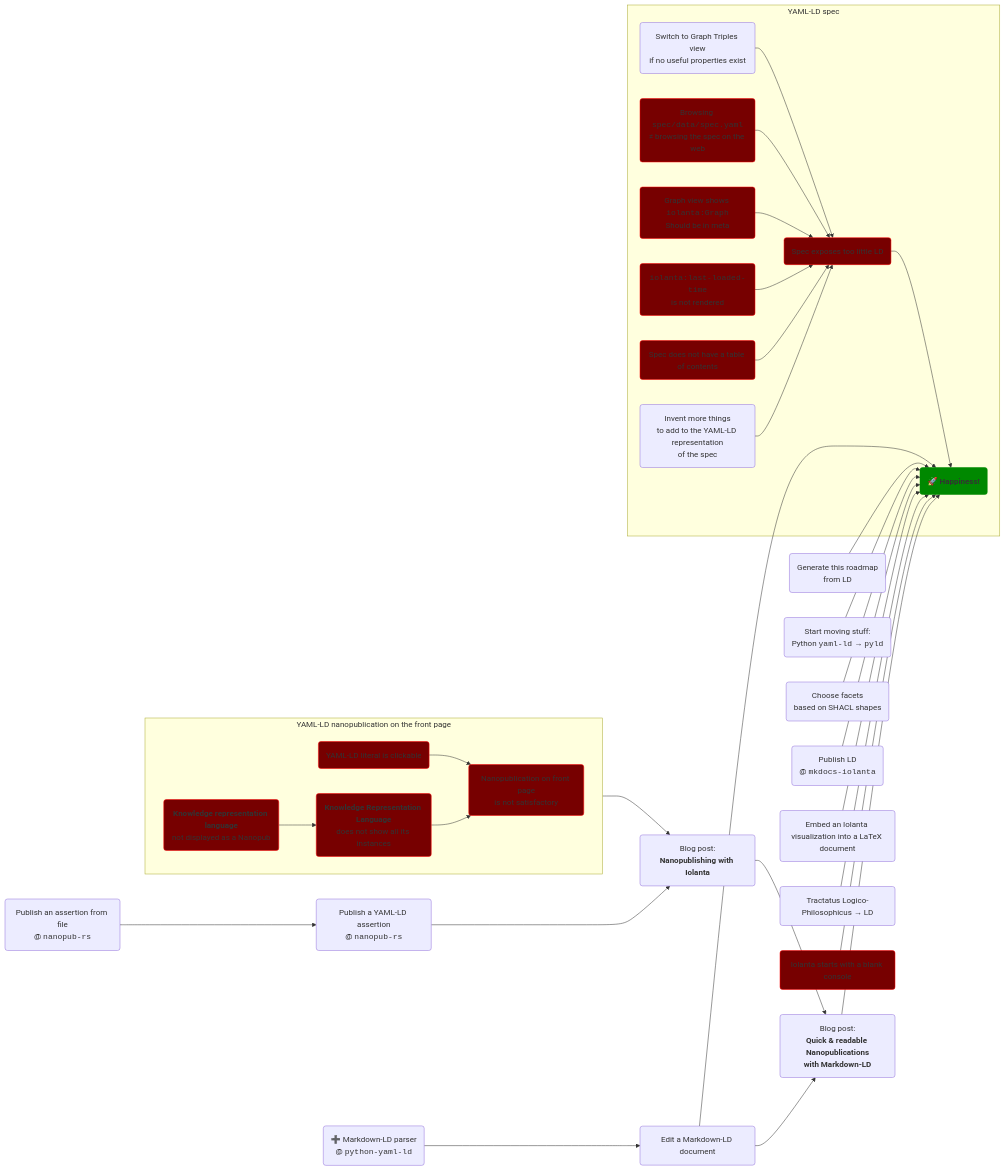
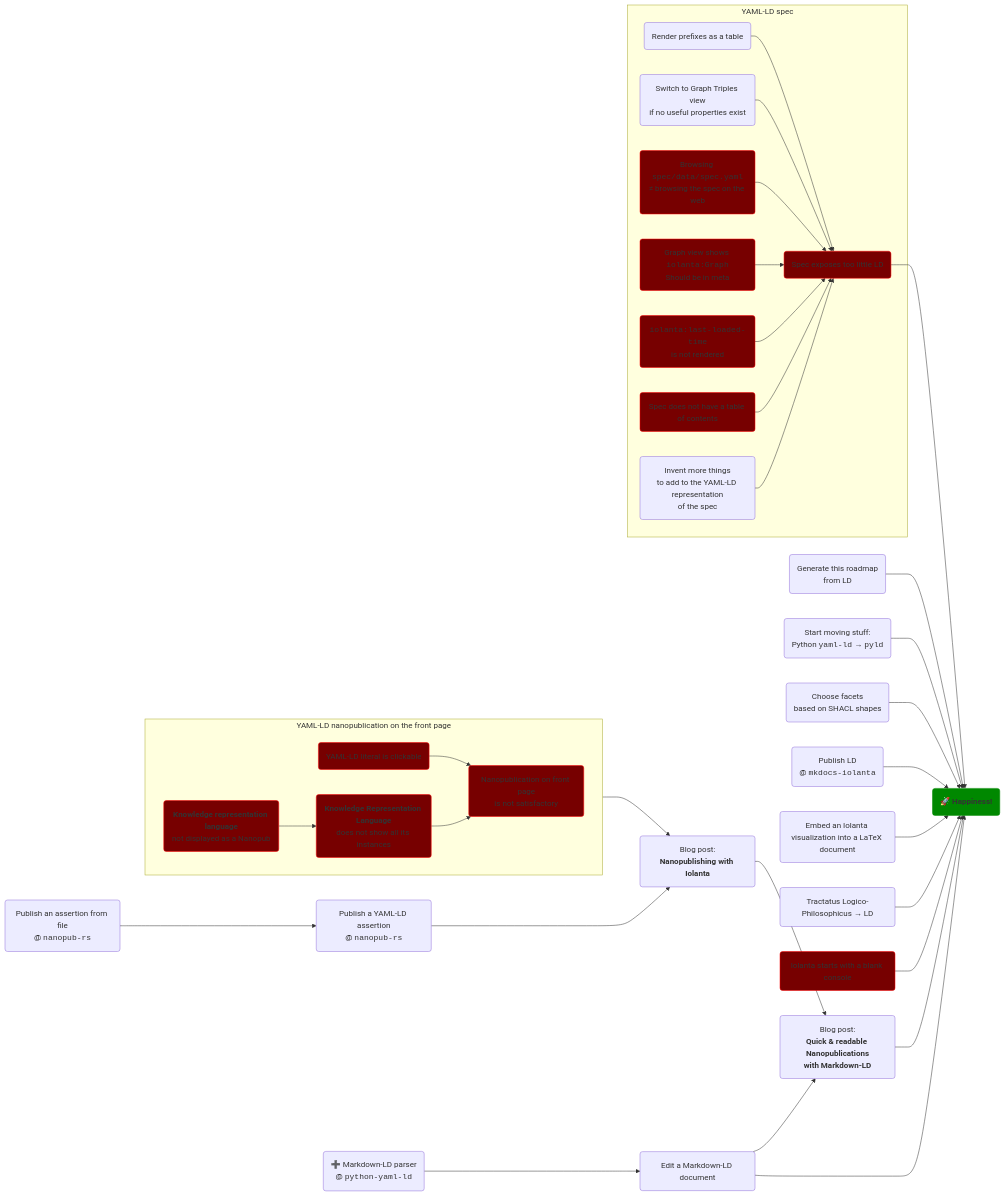
Before and after one commit to iolanta-tech/iolanta: the diagram in docs/roadmap.md, drawn with Mermaid.

Commit message:
Update roadmap

````diff
--- a/docs/roadmap.md
+++ b/docs/roadmap.md
@@ -15,66 +15,70 @@
 ```mermaid
 graph LR
     happiness("🚀 Happiness!")
     classDef happiness fill:#080,stroke:#080,stroke-width:1px,font-weight:bold;
     class happiness happiness
     
     generate-roadmap("Generate this roadmap<br/>from LD") --> happiness
     
     nanopub-blog-post("Blog post:<br/><strong>Nanopublishing with Iolanta</strong>") --> markdown-nanopub-blog-post("Blog post:<br/><strong>Quick & readable Nanopublications<br/>with Markdown-LD") --> happiness
     
     nanopub-rs-graph("Publish an assertion from file<br/>@ <code>nanopub-rs</code>") --> nanopub-yaml-ld("Publish a YAML-LD assertion<br/>@ <code>nanopub-rs</code>") --> nanopub-blog-post
     
     plan-yaml-ld-to-pyld("Start moving stuff:<br/>Python <code>yaml-ld</code> → <code>pyld</code>") --> happiness
     
     shacl("Choose facets<br/>based on SHACL shapes") --> happiness
     publish-with-mkdocs("Publish LD<br/>@ <code>mkdocs-iolanta</code>") --> happiness
     
     tex("Embed an Iolanta visualization into a LaTeX document") --> happiness
     tractatus("Tractatus Logico-Philosophicus → LD") --> happiness
     
     starts-from-console("Iolanta starts with a blank console") --> happiness
     class starts-from-console bug
     
     subgraph "YAML-LD nanopublication on the front page"
         direction LR
         nanopublication-is-not-satisfactory("Nanopublication on front page<br/>is not satisfactory")
         class nanopublication-is-not-satisfactory bug
         
         literal-clickable("YAML-LD literal is clickable") --> nanopublication-is-not-satisfactory
         click literal-clickable "https://github.com/iolanta-tech/iolanta/issues/260"
         class literal-clickable bug
         
         fip-term-messy("<strong>Knowledge representation language</strong><br/>not displayed as a Nanopub") --> fip-term-instances("<strong>Knowledge Representation Language</strong><br/>does not show all its instances") --> nanopublication-is-not-satisfactory
         class fip-term-messy bug
         class fip-term-instances bug
     end
     
+    spec-not-ld --> happiness
+    
     subgraph "YAML-LD spec"
-        spec-not-ld("Spec exposes too little LD") --> happiness
+        prefixes-table("Render prefixes as a table") --> spec-not-ld
+    
+        spec-not-ld("Spec exposes too little LD")
         class spec-not-ld bug
         
         switch-to-graph("Switch to Graph Triples view<br/>if no useful properties exist") --> spec-not-ld
         
         mismatch("Browsing <code>spec/data/spec.yaml</code><br/>≠ browsing the spec on the web") --> spec-not-ld
         class mismatch bug
 
         gig("Graph view shows <code>iolanta:Graph</code><br/>Should be in meta") --> spec-not-ld
         class gig bug
         
         last-loaded-time("<code>iolanta:last-loaded-time</code><br/>is not rendered") --> spec-not-ld
         class last-loaded-time bug
         
         spec-toc("Spec does not have a table of contents") --> spec-not-ld
         class spec-toc bug
         
         more("Invent more things<br/>to add to the YAML-LD representation<br/>of the spec") --> spec-not-ld
     end
     
     nanopublication-is-not-satisfactory --> nanopub-blog-post
     
     python-yaml-ld-markdown-ld("➕ Markdown-LD parser<br/>@ <code>python-yaml-ld</code>") --> markdown-ld("Edit a Markdown-LD document") --> markdown-nanopub-blog-post
     click markdown-ld "https://github.com/iolanta-tech/iolanta/issues/261"
     markdown-ld --> happiness
         
     classDef bug fill:#700,stroke:#f00,stroke-width:1px;
 ```
````
